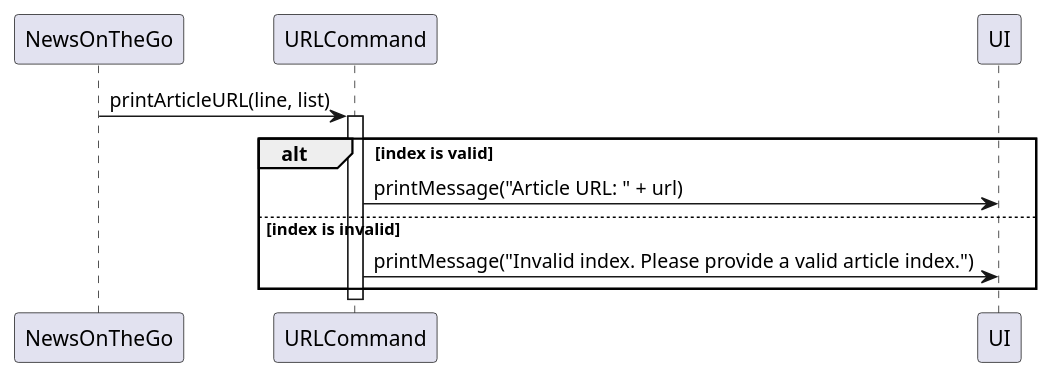
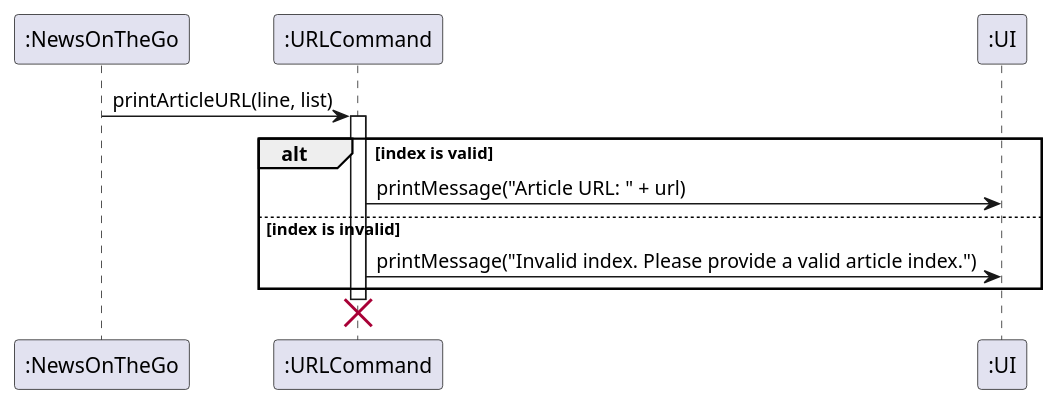
One commit to AhmedShaiyan/tp changed the diagram in docs/UML_Diagrams/URLCommandSequence.puml. Above: the diagram before and after it, drawn with PlantUML. The commit also changed 24 other files, not shown here.

```diff
--- a/docs/UML_Diagrams/URLCommandSequence.puml
+++ b/docs/UML_Diagrams/URLCommandSequence.puml
@@ -1,19 +1,19 @@
 @startuml
 'https://plantuml.com/sequence-diagram
 
 
-participant "NewsOnTheGo" as NOG
-participant "URLCommand" as URLC
-participant "UI" as UI
+participant ":NewsOnTheGo" as NOG
+participant ":URLCommand" as URLC
+participant ":UI" as UI
 
 NOG -> URLC : printArticleURL(line, list)
 activate URLC
 
 alt index is valid
     URLC -> UI : printMessage("Article URL: " + url)
 else index is invalid
     URLC -> UI : printMessage("Invalid index. Please provide a valid article index.")
 end
 
-deactivate URLC
+destroy URLC
 @enduml
```
